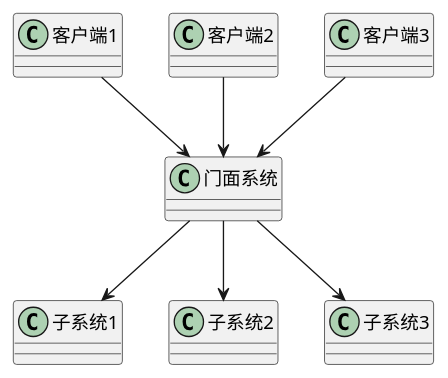
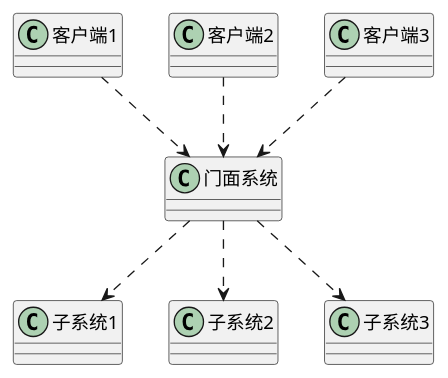
Before and after one commit to kco1989/examples: the diagram in src/main/java/com/kco/pattern/facade/外观模式2.puml, drawn with PlantUML. The commit also changed 35 other files, not shown here.

```diff
--- a/src/main/java/com/kco/pattern/facade/外观模式2.puml
+++ b/src/main/java/com/kco/pattern/facade/外观模式2.puml
@@ -1,21 +1,21 @@
 @startuml
 
 class 客户端1
 class 客户端2
 class 客户端3
 
 class 门面系统
 
 class 子系统1
 class 子系统2
 class 子系统3
 
-客户端1 --> 门面系统
-客户端2 --> 门面系统
-客户端3 --> 门面系统
+客户端1 ..> 门面系统
+客户端2 ..> 门面系统
+客户端3 ..> 门面系统
 
-门面系统 --> 子系统1
-门面系统 --> 子系统2
-门面系统 --> 子系统3
+门面系统 ..> 子系统1
+门面系统 ..> 子系统2
+门面系统 ..> 子系统3
 
 @enduml
```
